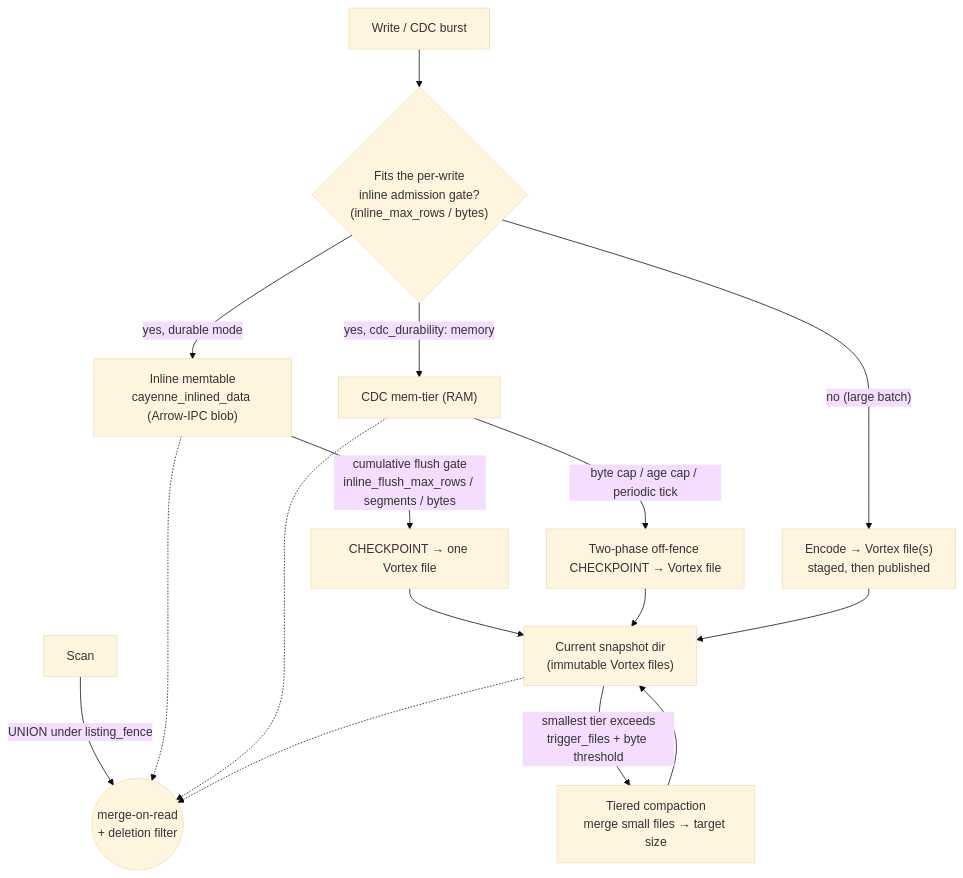
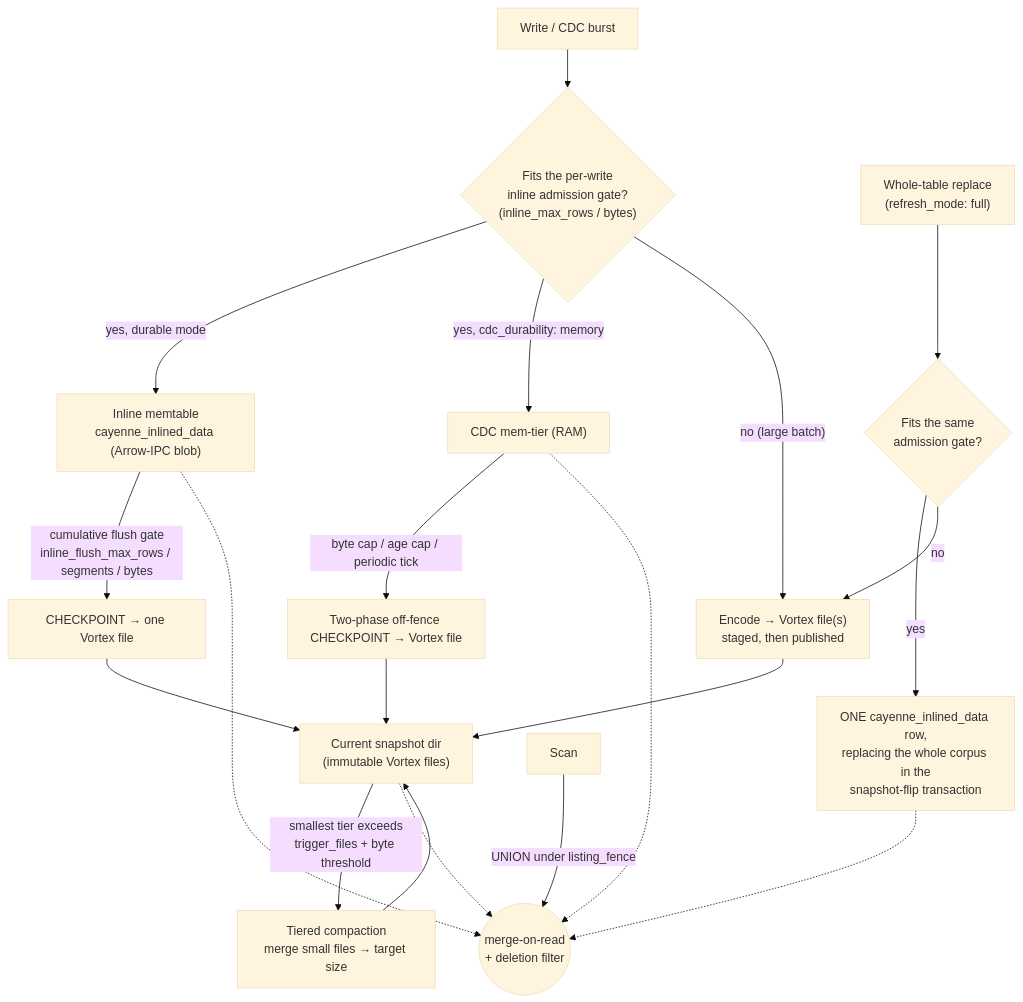
One commit to spiceai/spiceai changed the fourth of 21 diagrams in docs/cayenne/cayenne.md. Above: the diagram before and after it, drawn with Mermaid (base theme). The commit also changed other lines of this file and 11 other files, not shown here.

````diff
--- a/docs/cayenne/cayenne.md
+++ b/docs/cayenne/cayenne.md
@@ -296,22 +296,27 @@
 ```mermaid
 flowchart TB
     W["Write / CDC burst"] --> GATE{"Fits the per-write<br/>inline admission gate?<br/>(inline_max_rows / bytes)"}
 
     GATE -->|"yes, durable mode"| INLINE["Inline memtable<br/>cayenne_inlined_data (Arrow-IPC blob)"]
     GATE -->|"yes, cdc_durability: memory"| RAM["CDC mem-tier (RAM)"]
     GATE -->|"no (large batch)"| VORTEX["Encode → Vortex file(s)<br/>staged, then published"]
+
+    OW["Whole-table replace<br/>(refresh_mode: full)"] --> OGATE{"Fits the same<br/>admission gate?"}
+    OGATE -->|"yes"| OINLINE["ONE cayenne_inlined_data row,<br/>replacing the whole corpus in the<br/>snapshot-flip transaction"]
+    OGATE -->|"no"| VORTEX
 
     INLINE -->|"cumulative flush gate<br/>inline_flush_max_rows / segments / bytes"| CKPT1["CHECKPOINT → one Vortex file"]
     RAM -->|"byte cap / age cap / periodic tick"| CKPT2["Two-phase off-fence CHECKPOINT → Vortex file"]
     CKPT1 --> CUR["Current snapshot dir<br/>(immutable Vortex files)"]
     CKPT2 --> CUR
     VORTEX --> CUR
 
     CUR -->|"smallest tier exceeds<br/>trigger_files + byte threshold"| COMPACT["Tiered compaction<br/>merge small files → target size"]
     COMPACT --> CUR
 
     READ["Scan"] -->|"UNION under listing_fence"| FUSE(("merge-on-read<br/>+ deletion filter"))
     INLINE -.-> FUSE
+    OINLINE -.-> FUSE
     RAM -.-> FUSE
     CUR -.-> FUSE
 ```
````
